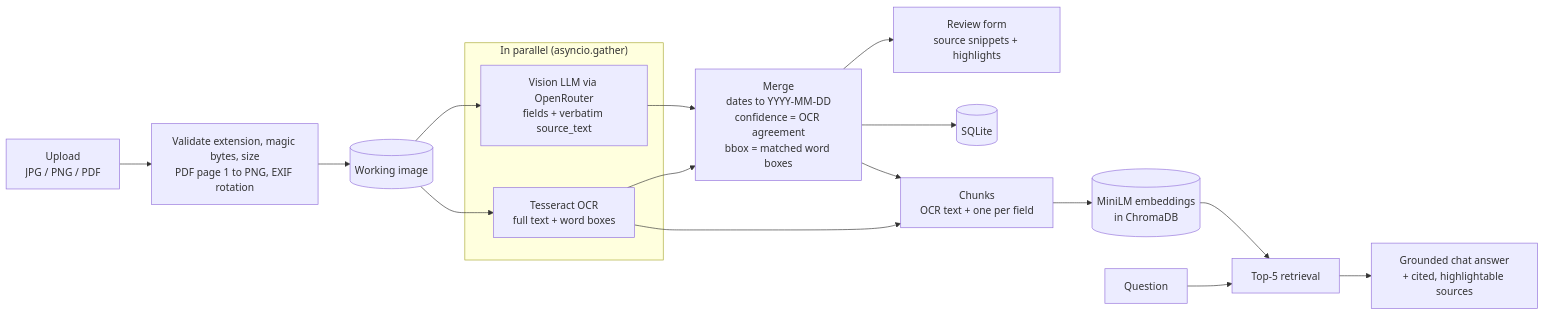
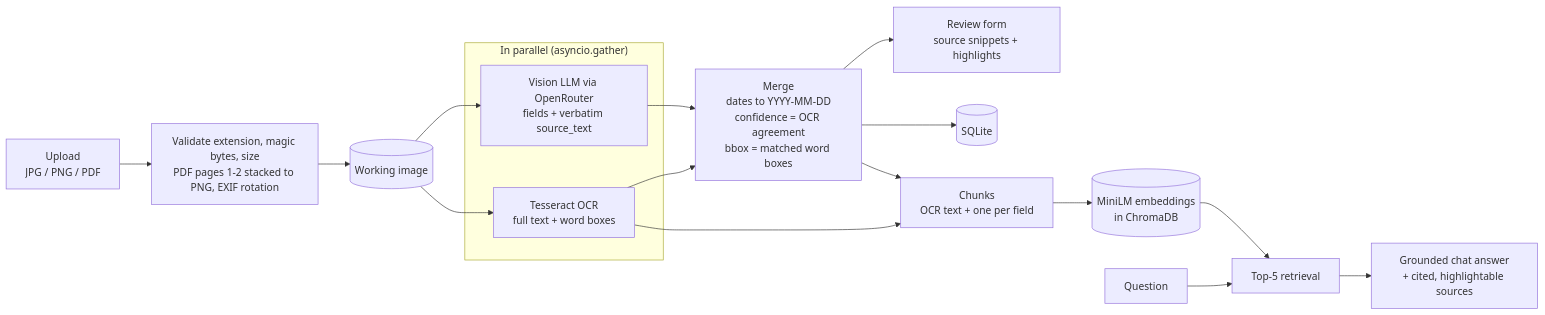
Before and after one commit to DeeprajR/dl-reader: the first of 2 diagrams in README.md, drawn with Mermaid. The commit also changed other lines of this file and 12 other files, not shown here.

````diff
--- a/README.md
+++ b/README.md
@@ -28,21 +28,21 @@
 ```mermaid
 flowchart LR
-    U["Upload<br/>JPG / PNG / PDF"] --> V["Validate extension, magic bytes, size<br/>PDF page 1 to PNG, EXIF rotation"]
+    U["Upload<br/>JPG / PNG / PDF"] --> V["Validate extension, magic bytes, size<br/>PDF pages 1-2 stacked to PNG, EXIF rotation"]
     V --> W[("Working image")]
     subgraph P["In parallel (asyncio.gather)"]
         OCR["Tesseract OCR<br/>full text + word boxes"]
         VLM["Vision LLM via OpenRouter<br/>fields + verbatim source_text"]
     end
     W --> OCR
     W --> VLM
     OCR --> M["Merge<br/>dates to YYYY-MM-DD<br/>confidence = OCR agreement<br/>bbox = matched word boxes"]
     VLM --> M
     M --> F["Review form<br/>source snippets + highlights"]
     M --> DB[("SQLite")]
     OCR --> CH["Chunks<br/>OCR text + one per field"]
     M --> CH
     CH --> E[("MiniLM embeddings<br/>in ChromaDB")]
     Q["Question"] --> R["Top-5 retrieval"]
     E --> R
     R --> G["Grounded chat answer<br/>+ cited, highlightable sources"]
 ```
````
